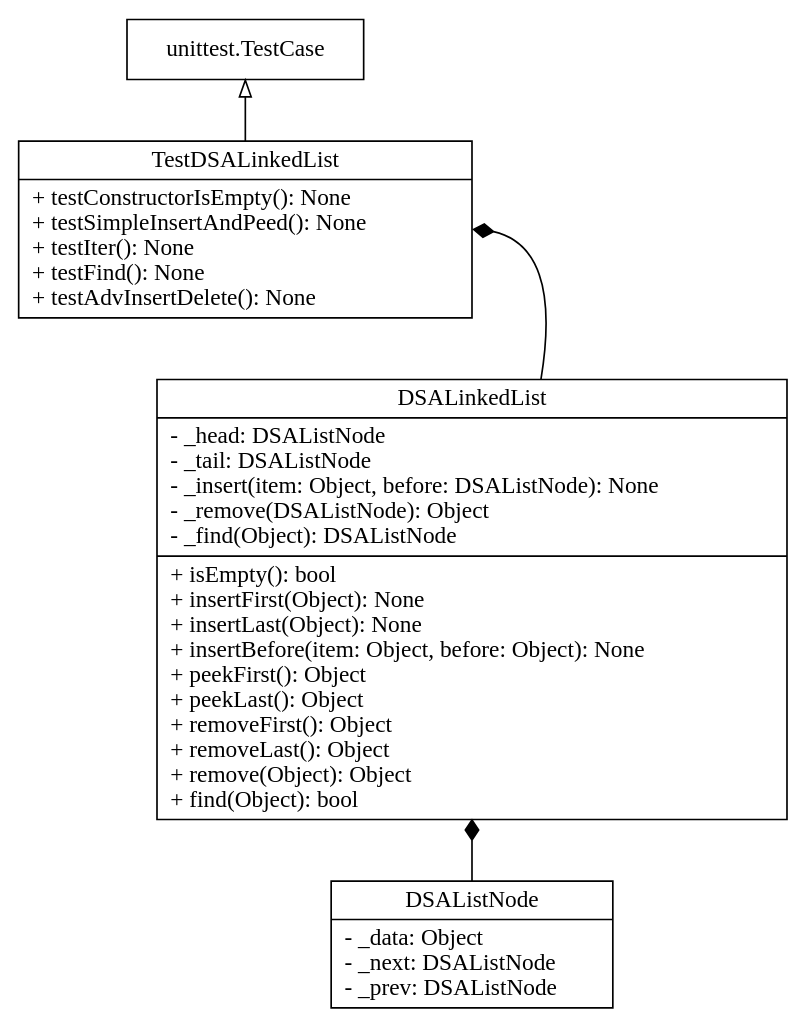
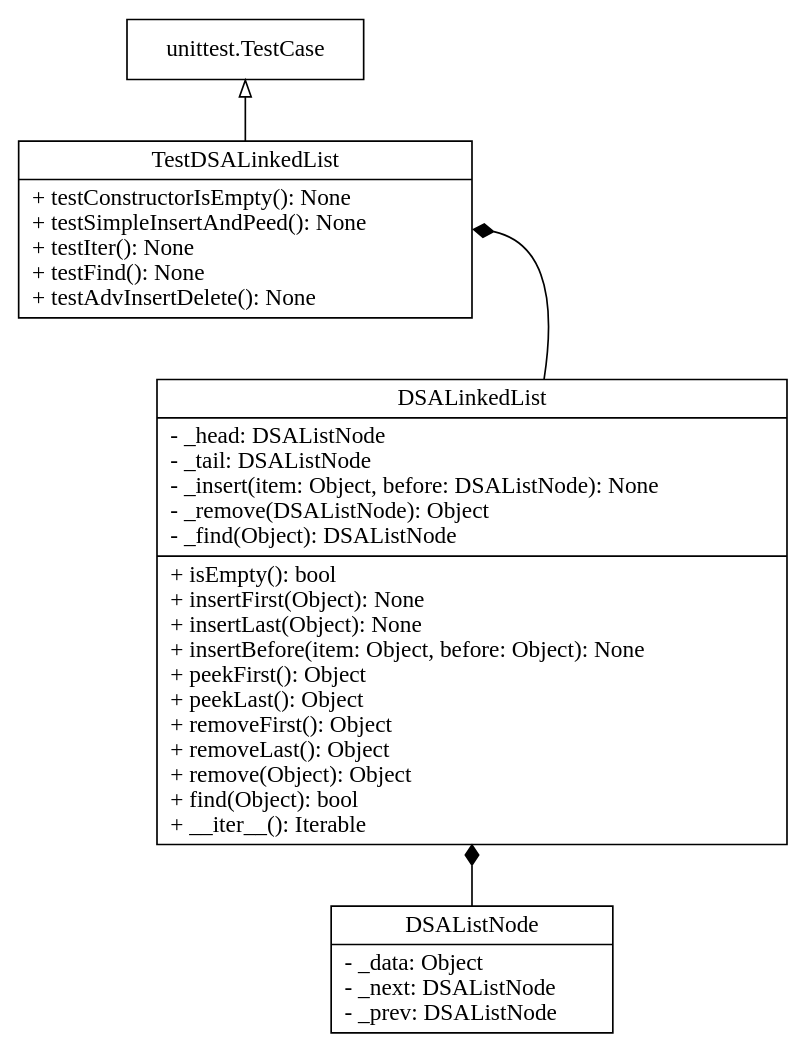
The diagram in 3/UML.gv (JakobWyatt/DSA-Tutorials), drawn with Graphviz before and after one commit. The commit also changed 1 other file, not shown here.

Commit message:
added iter to UML

```diff
--- a/3/UML.gv
+++ b/3/UML.gv
@@ -1,32 +1,32 @@
 digraph DSA_ADT {
     node [
         shape = "record"
     ]
     DSALinkedList [
-        label = "{DSALinkedList|- _head: DSAListNode\l- _tail: DSAListNode\l- _insert(item: Object, before: DSAListNode): None\l- _remove(DSAListNode): Object\l- _find(Object): DSAListNode\l|+ isEmpty(): bool\l+ insertFirst(Object): None\l+ insertLast(Object): None\l+ insertBefore(item: Object, before: Object): None\l+ peekFirst(): Object\l+ peekLast(): Object\l+ removeFirst(): Object\l+ removeLast(): Object\l+ remove(Object): Object\l+ find(Object): bool\l}"
+        label = "{DSALinkedList|- _head: DSAListNode\l- _tail: DSAListNode\l- _insert(item: Object, before: DSAListNode): None\l- _remove(DSAListNode): Object\l- _find(Object): DSAListNode\l|+ isEmpty(): bool\l+ insertFirst(Object): None\l+ insertLast(Object): None\l+ insertBefore(item: Object, before: Object): None\l+ peekFirst(): Object\l+ peekLast(): Object\l+ removeFirst(): Object\l+ removeLast(): Object\l+ remove(Object): Object\l+ find(Object): bool\l+ __iter__(): Iterable\l}"
     ]
 
     DSAListNode [
         label = "{DSAListNode|- _data: Object\l- _next: DSAListNode\l- _prev: DSAListNode\l}"
     ]
 
     TestDSALinkedList [
         label = "{TestDSALinkedList|+ testConstructorIsEmpty(): None\l+ testSimpleInsertAndPeed(): None\l+ testIter(): None\l+ testFind(): None\l+ testAdvInsertDelete(): None\l}"
     ]
 
     unittestTestCase [
         label = "{unittest.TestCase}"
     ]
 
     edge [
         arrowhead = "diamond"
     ]
     DSAListNode -> DSALinkedList
     DSALinkedList -> TestDSALinkedList [headport=e]
     edge [
         arrowhead = "empty"
     ]
     TestDSALinkedList -> unittestTestCase
 
     rankdir=BT
 }
```
